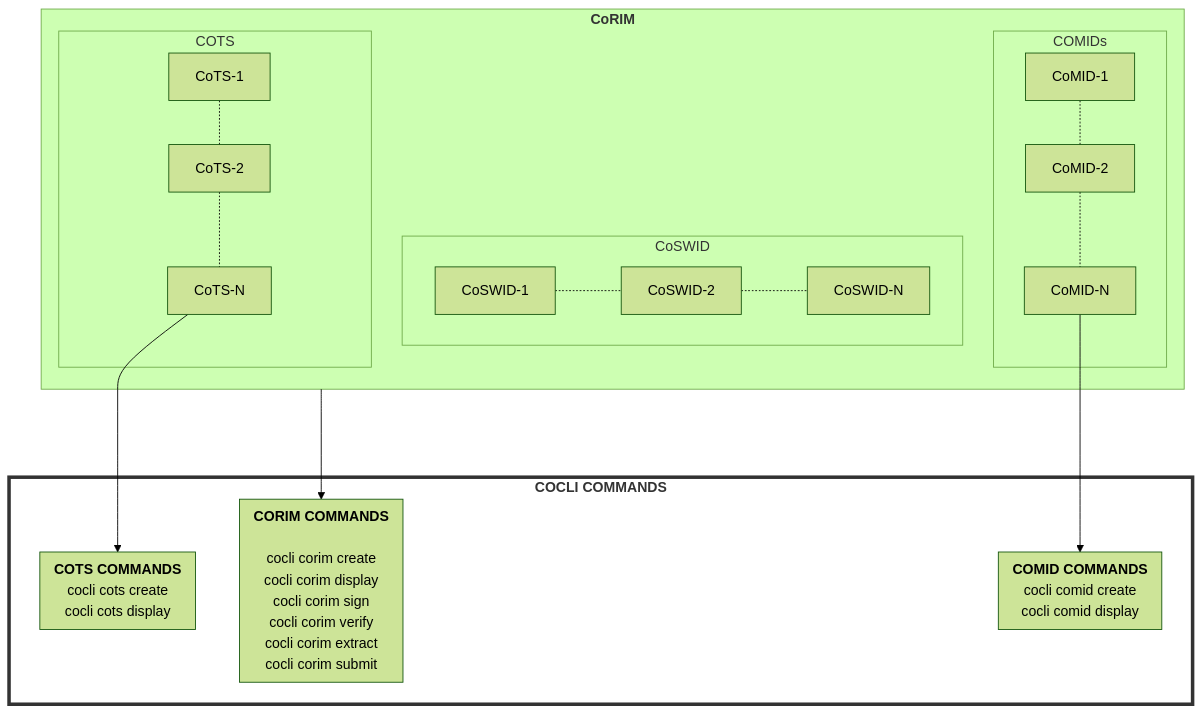
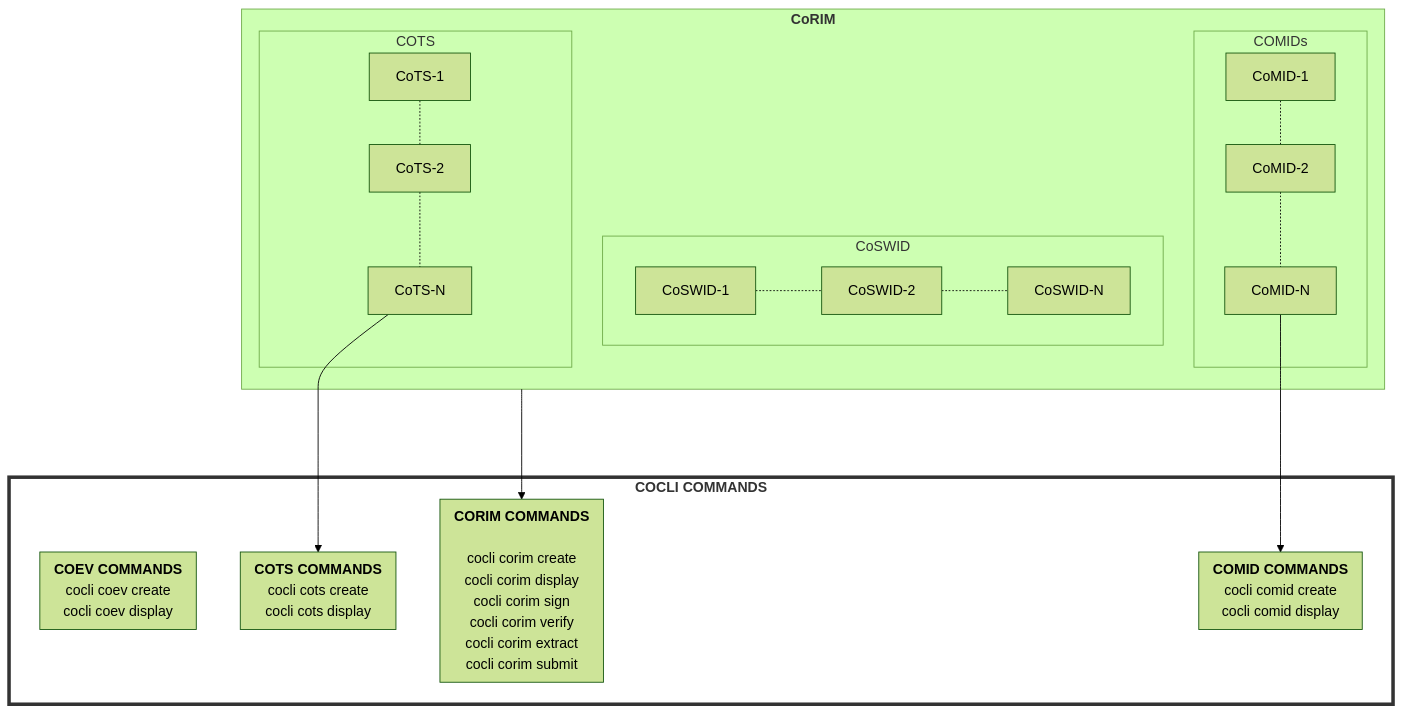
One commit to veraison/cocli changed the first of 2 diagrams in README.md. Above: the diagram before and after it, drawn with Mermaid (forest theme). The commit also changed other lines of this file and 16 other files, not shown here.

````diff
--- a/README.md
+++ b/README.md
@@ -59,44 +62,46 @@
 ```mermaid 
 flowchart TD
   subgraph COCLI["<b>COCLI COMMANDS</b>"]
     style COCLI fill:#ffffff, stroke:#333,stroke-width:4px
     subgraph CORIMCMD["<b>CORIM COMMANDS</b> \n
         cocli corim create \n cocli corim display \n cocli corim sign \n cocli corim verify\n cocli corim extract\n cocli corim submit"]
     end
     subgraph COMIDCMD["<b>COMID COMMANDS</b> \n cocli comid create \n cocli comid display"]
     end
 
     subgraph COTSCMD["<b>COTS COMMANDS</b> \n cocli cots create \n cocli cots display"]
+    end
+    subgraph COEVCMD["<b>COEV COMMANDS</b> \n cocli coev create \n cocli coev display"]
     end
   end
  CORIM ---> CORIMCMD
 subgraph CORIM["<b>CoRIM</b>"]
       subgraph CoMID["COMIDs\n"]
         CM3["CoMID-N"]
         CM2["CoMID-2"]
         CM1["CoMID-1"]
         CM1  -.- CM2
         CM2  -.- CM3
         CM3 ---> COMIDCMD
      end
      
     subgraph CoSWID["CoSWID\n"]
         CSW1["CoSWID-1"]
         CSW2["CoSWID-2"]
         CSW3["CoSWID-N"]
         CSW1  -.- CSW2
         CSW2 -.- CSW3
     end
 
     subgraph CoTS["COTS\n"]
         CS3["CoTS-N"]
         CS2["CoTS-2"]
         CS1["CoTS-1"]
         CS1  -.- CS2
         CS2  -.- CS3
         CS3 ---> COTSCMD
     end
 
 end
  
 ```
````
